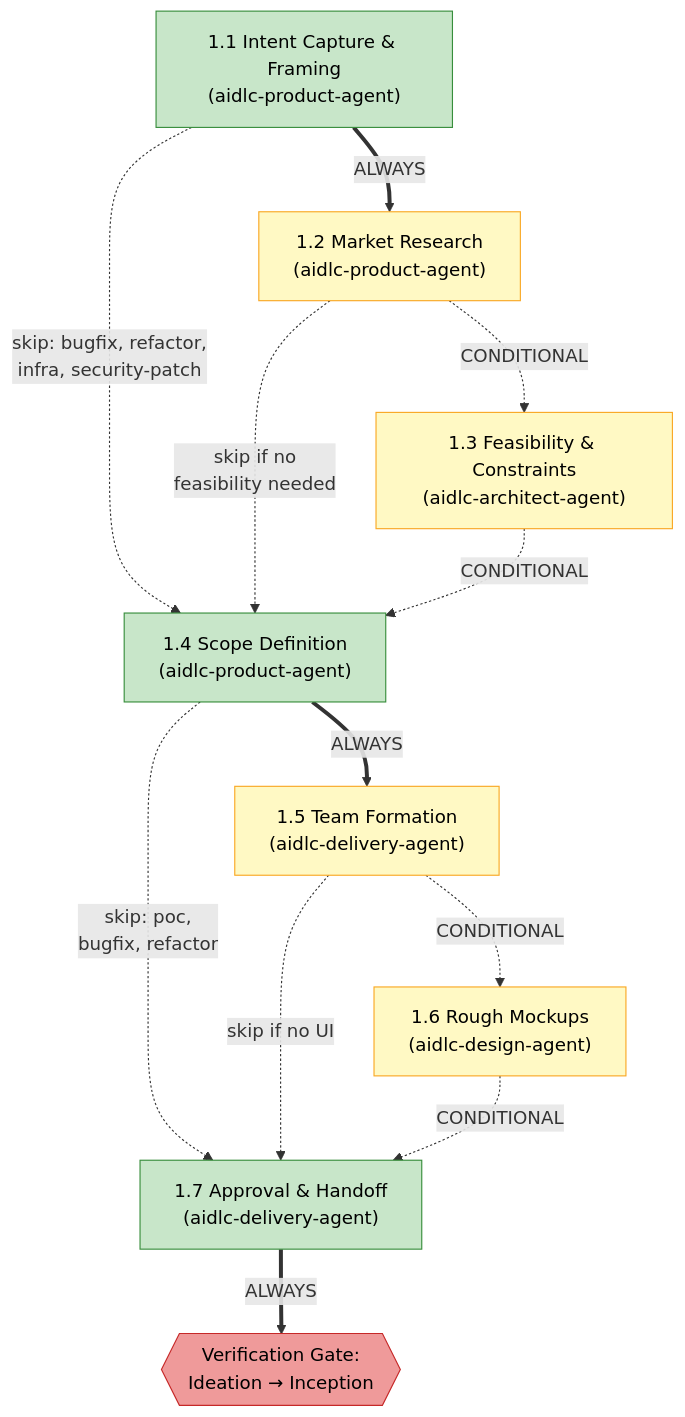
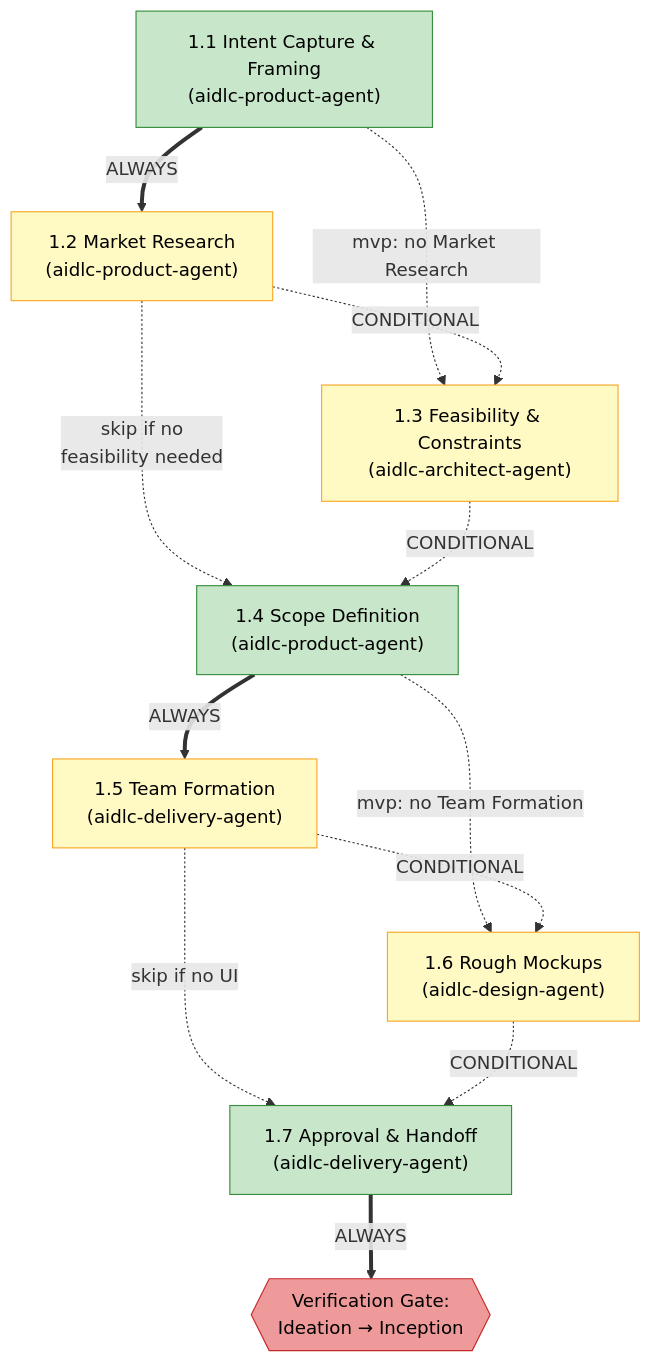
Before and after one commit to HailsTails/aidlc-workflows: the second of 6 diagrams in docs/guide/04-phases-and-stages.md, drawn with Mermaid. The commit also changed other lines of this file and 2024 other files, not shown here.

````diff
--- a/docs/guide/04-phases-and-stages.md
+++ b/docs/guide/04-phases-and-stages.md
@@ -118,32 +118,32 @@
 ```mermaid
 flowchart TD
     S11["1.1 Intent Capture & Framing\n(aidlc-product-agent)"]
     S12["1.2 Market Research\n(aidlc-product-agent)"]
     S13["1.3 Feasibility & Constraints\n(aidlc-architect-agent)"]
     S14["1.4 Scope Definition\n(aidlc-product-agent)"]
     S15["1.5 Team Formation\n(aidlc-delivery-agent)"]
     S16["1.6 Rough Mockups\n(aidlc-design-agent)"]
     S17["1.7 Approval & Handoff\n(aidlc-delivery-agent)"]
     VG1{{"Verification Gate:\nIdeation → Inception"}}
 
     S11 ==>|ALWAYS| S12
-    S11 -.->|"skip: bugfix, refactor,\ninfra, security-patch"| S14
+    S11 -.->|"mvp: no Market Research"| S13
     S12 -.->|CONDITIONAL| S13
     S12 -.->|"skip if no\nfeasibility needed"| S14
     S13 -.->|CONDITIONAL| S14
     S14 ==>|ALWAYS| S15
-    S14 -.->|"skip: poc,\nbugfix, refactor"| S17
+    S14 -.->|"mvp: no Team Formation"| S16
     S15 -.->|CONDITIONAL| S16
     S15 -.->|"skip if no UI"| S17
     S16 -.->|CONDITIONAL| S17
     S17 ==>|ALWAYS| VG1
 
     style S11 fill:#c8e6c9,stroke:#388e3c,color:#000
     style S14 fill:#c8e6c9,stroke:#388e3c,color:#000
     style S17 fill:#c8e6c9,stroke:#388e3c,color:#000
     style S12 fill:#fff9c4,stroke:#f9a825,color:#000
     style S13 fill:#fff9c4,stroke:#f9a825,color:#000
     style S15 fill:#fff9c4,stroke:#f9a825,color:#000
     style S16 fill:#fff9c4,stroke:#f9a825,color:#000
     style VG1 fill:#ef9a9a,stroke:#c62828,color:#000
 ```
````
